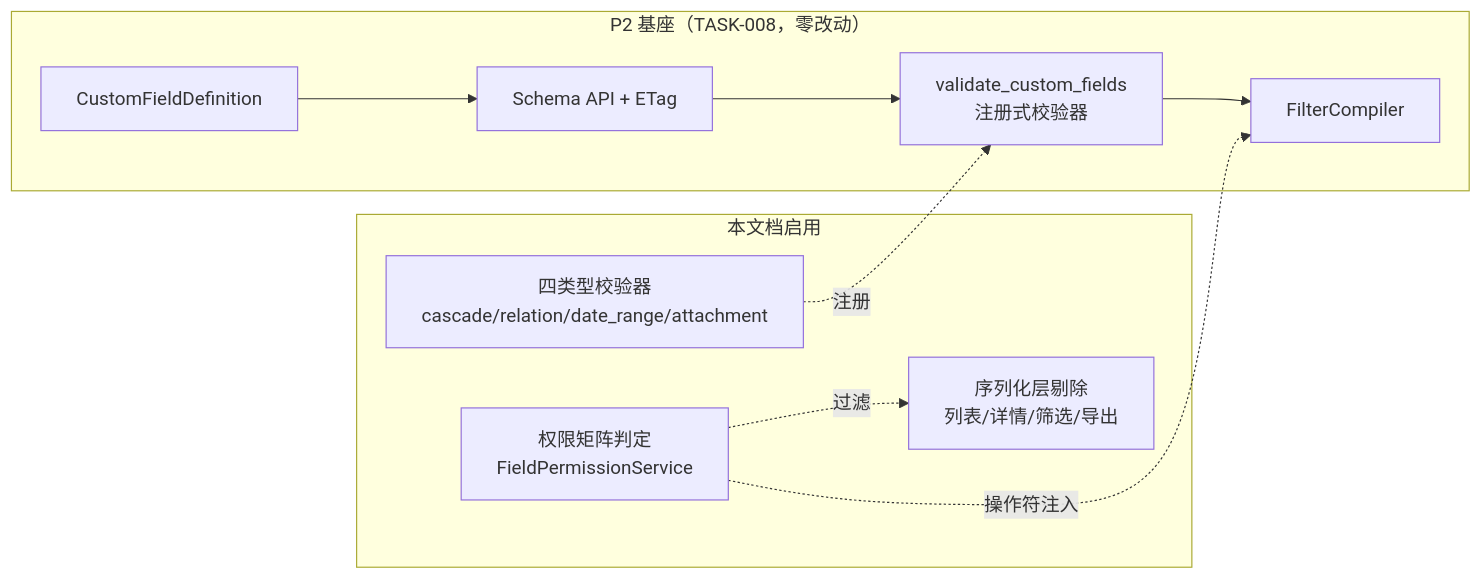
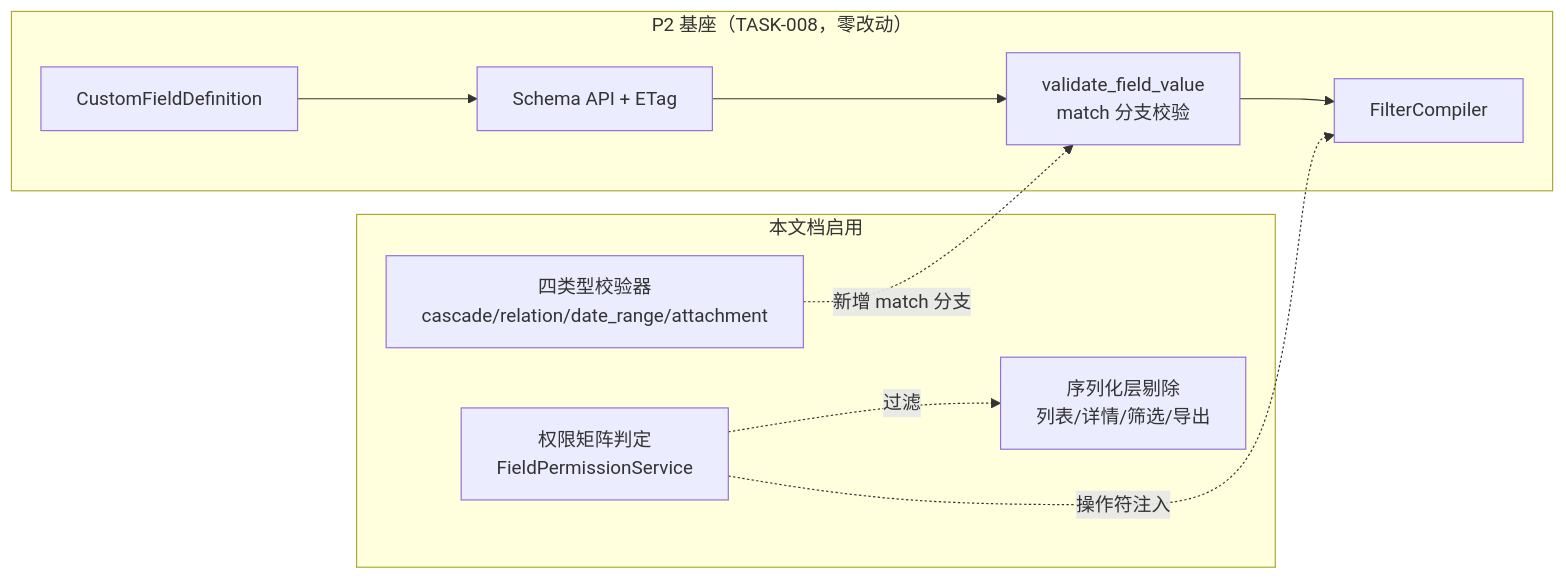
One commit to RabbitAI-Lab/RabbitProjects changed the first of 2 diagrams in docs/sprint-7-enterprise-workflow/TASK-012-advanced-fields.md. Above: the diagram before and after it, drawn with Mermaid. The commit also changed other lines of this file and 9 other files, not shown here.

````diff
--- a/docs/sprint-7-enterprise-workflow/TASK-012-advanced-fields.md
+++ b/docs/sprint-7-enterprise-workflow/TASK-012-advanced-fields.md
@@ -88,13 +90,13 @@
 ```mermaid
 flowchart LR
     subgraph P2["P2 基座（TASK-008，零改动）"]
         D["CustomFieldDefinition"] --> S["Schema API + ETag"]
-        S --> V["validate_custom_fields<br/>注册式校验器"]
+        S --> V["validate_field_value<br/>match 分支校验"]
         V --> F["FilterCompiler"]
     end
     subgraph P3["本文档启用"]
-        T4["四类型校验器<br/>cascade/relation/date_range/attachment"] -.注册.-> V
+        T4["四类型校验器<br/>cascade/relation/date_range/attachment"] -.新增 match 分支.-> V
         PM["权限矩阵判定<br/>FieldPermissionService"] -.过滤.-> SER["序列化层剔除<br/>列表/详情/筛选/导出"]
         PM -.操作符注入.-> F
     end
 ```
````
